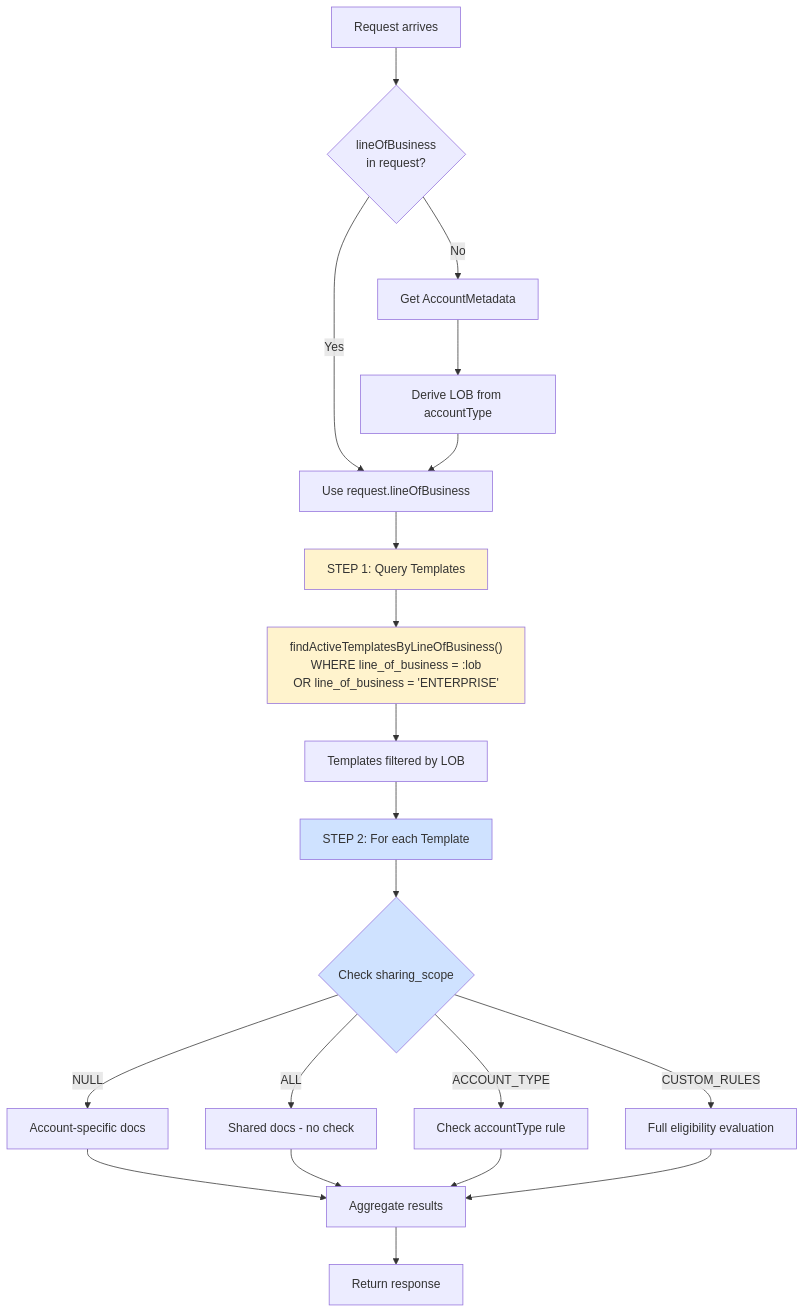
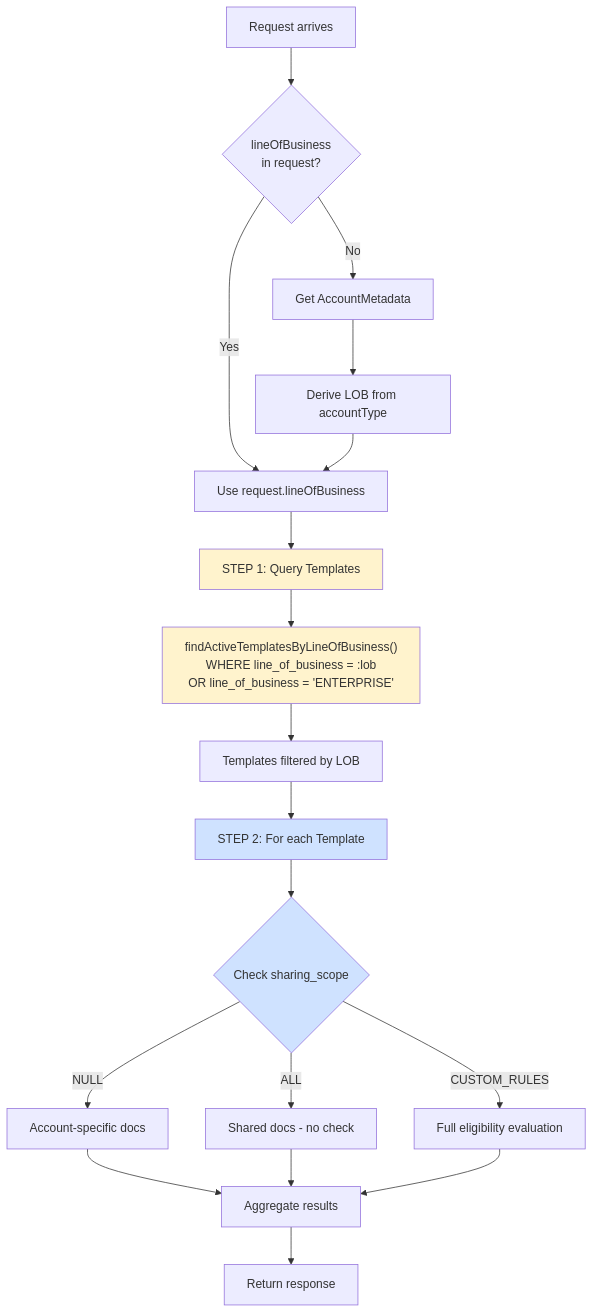
Before and after one commit to ghmd86/document-hub: the second of 10 diagrams in fresh-doc-hub-poc/docs/architecture/document-enquiry-flow.md, drawn with Mermaid. The commit also changed other lines of this file and 6 other files, not shown here.

First line of the commit message:
Remove ACCOUNT_TYPE from sharing_scope (redundant with line_of_business)

````diff
--- a/fresh-doc-hub-poc/docs/architecture/document-enquiry-flow.md
+++ b/fresh-doc-hub-poc/docs/architecture/document-enquiry-flow.md
@@ -134,34 +128,32 @@
 ```mermaid
 flowchart TD
     A[Request arrives] --> B{lineOfBusiness<br/>in request?}
 
     B -->|Yes| C[Use request.lineOfBusiness]
     B -->|No| D[Get AccountMetadata]
     D --> E[Derive LOB from accountType]
     E --> C
 
     C --> F[STEP 1: Query Templates]
     F --> G["findActiveTemplatesByLineOfBusiness()<br/>WHERE line_of_business = :lob<br/>OR line_of_business = 'ENTERPRISE'"]
 
     G --> H[Templates filtered by LOB]
     H --> I[STEP 2: For each Template]
 
     I --> J{Check sharing_scope}
 
     J -->|NULL| K[Account-specific docs]
     J -->|ALL| L[Shared docs - no check]
-    J -->|ACCOUNT_TYPE| M[Check accountType rule]
-    J -->|CUSTOM_RULES| N[Full eligibility evaluation]
+    J -->|CUSTOM_RULES| M[Full eligibility evaluation]
 
     K --> O[Aggregate results]
     L --> O
     M --> O
-    N --> O
 
     O --> P[Return response]
 
     style F fill:#fff3cd
     style G fill:#fff3cd
     style I fill:#cfe2ff
     style J fill:#cfe2ff
 ```
````
